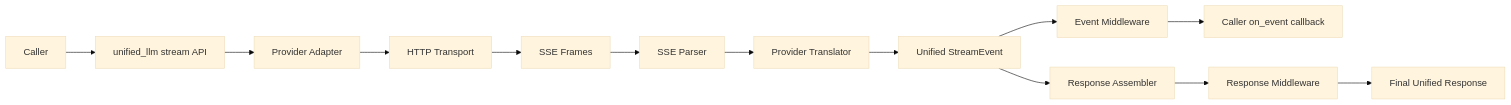
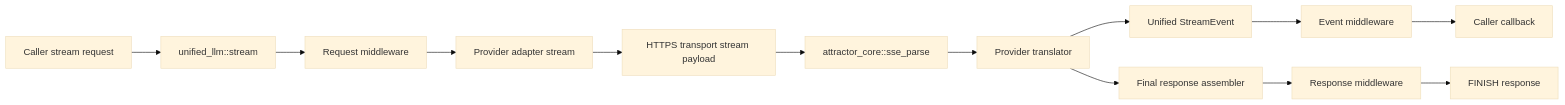
One commit to jaytaylor/attractor-tcl changed the fourth of 5 diagrams in docs/sprints/SPRINT-005-comprehensive-implementation-plan.md. Above: the diagram before and after it, drawn with Mermaid (base theme). The commit also changed other lines of this file, not shown here.

````diff
--- a/docs/sprints/SPRINT-005-comprehensive-implementation-plan.md
+++ b/docs/sprints/SPRINT-005-comprehensive-implementation-plan.md
@@ -1695,15 +679,15 @@
 ```mermaid
 flowchart LR
-  A[Caller] --> B[unified_llm stream API]
-  B --> C[Provider Adapter]
-  C --> D[HTTP Transport]
-  D --> E[SSE Frames]
-  E --> F[SSE Parser]
-  F --> G[Provider Translator]
+  A[Caller stream request] --> B[unified_llm::stream]
+  B --> C[Request middleware]
+  C --> D[Provider adapter stream]
+  D --> E[HTTPS transport stream payload]
+  E --> F[attractor_core::sse_parse]
+  F --> G[Provider translator]
   G --> H[Unified StreamEvent]
-  H --> I[Event Middleware]
-  I --> J[Caller on_event callback]
-  H --> K[Response Assembler]
-  K --> L[Response Middleware]
-  L --> M[Final Unified Response]
+  H --> I[Event middleware]
+  I --> J[Caller callback]
+  G --> K[Final response assembler]
+  K --> L[Response middleware]
+  L --> M[FINISH response]
 ```
````
